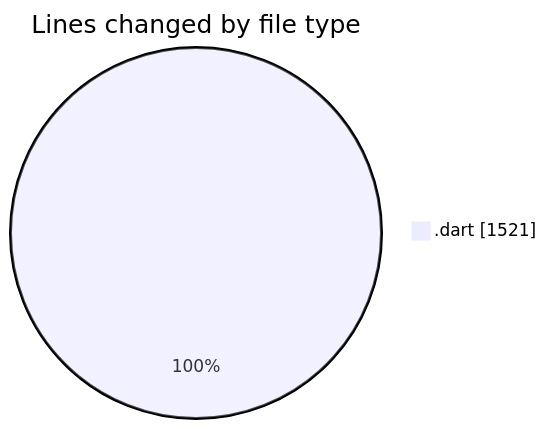
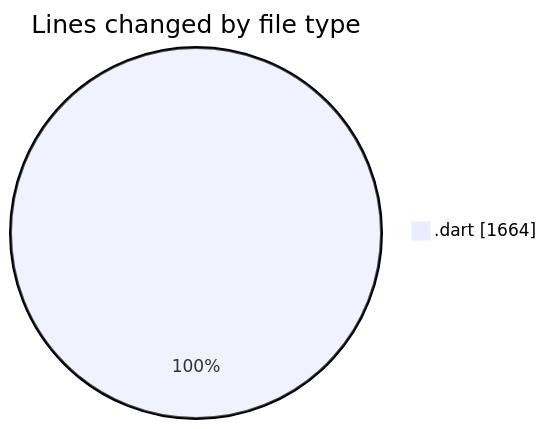
Before and after one commit to donsfak/code-tracking: the first of 2 diagrams in 2025-01-15/trackers_app/README.md, drawn with Mermaid. The commit also changed other lines of this file and 1 other file, not shown here.

````diff
--- a/2025-01-15/trackers_app/README.md
+++ b/2025-01-15/trackers_app/README.md
@@ -30,5 +30,5 @@
 ```mermaid
 pie showData
 title Lines changed by file type
-".dart" : 1521
+".dart" : 1664
 ```
````
